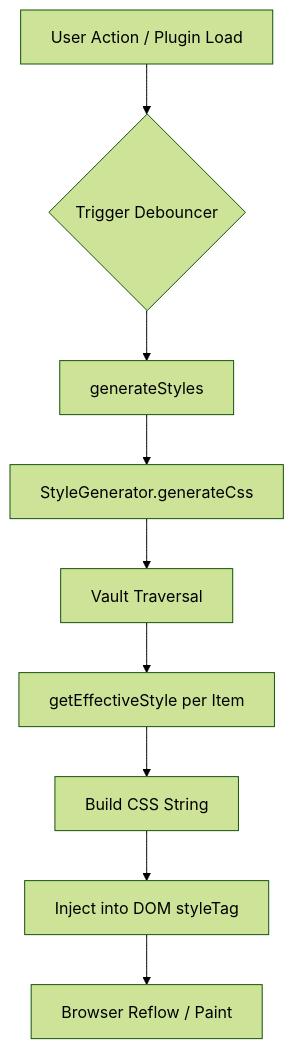
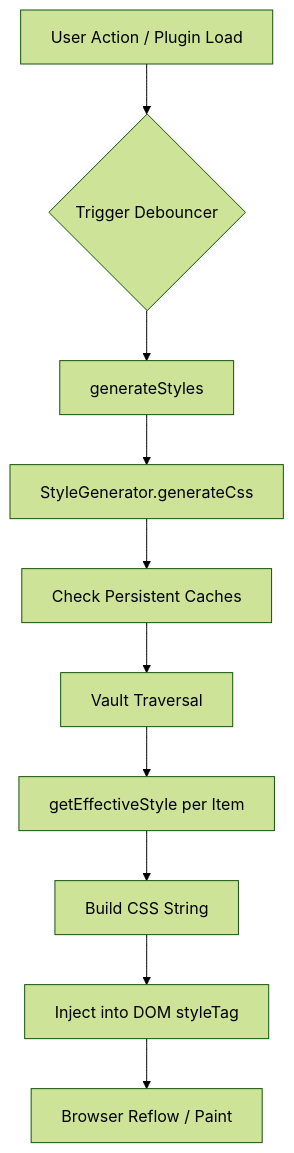
Before and after one commit to RohitNahar-Offical/colorful-folders-obsidian: the first of 2 diagrams in docs/ARCHITECTURE.md, drawn with Mermaid (forest theme). The commit also changed other lines of this file and 7 other files, not shown here.

````diff
--- a/docs/ARCHITECTURE.md
+++ b/docs/ARCHITECTURE.md
@@ -14,11 +14,12 @@
 ```mermaid
 graph TD
     A[User Action / Plugin Load] --> B{Trigger Debouncer}
     B --> C[generateStyles]
     C --> D[StyleGenerator.generateCss]
-    D --> E[Vault Traversal]
-    E --> F[getEffectiveStyle per Item]
-    F --> G[Build CSS String]
-    G --> H[Inject into DOM styleTag]
-    H --> I[Browser Reflow / Paint]
+    D --> E[Check Persistent Caches]
+    E --> F[Vault Traversal]
+    F --> G[getEffectiveStyle per Item]
+    G --> H[Build CSS String]
+    H --> I[Inject into DOM styleTag]
+    I --> J[Browser Reflow / Paint]
 ```
````
